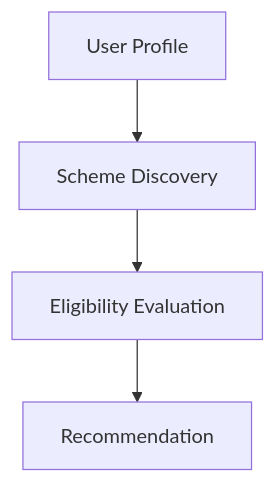
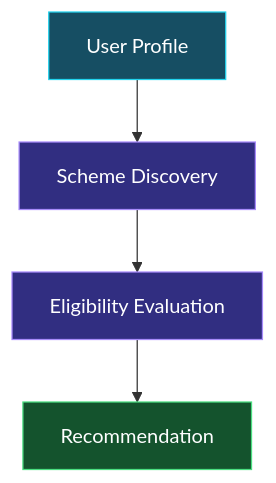
Before and after one commit to heeraOp/heeraOp: the fifth of 6 diagrams in README.md, drawn with Mermaid. The commit also changed other lines of this file, not shown here.

````diff
--- a/README.md
+++ b/README.md
@@ -150,6 +188,14 @@
 ```mermaid
 flowchart TD
     A[User Profile] --> B[Scheme Discovery]
     B --> C[Eligibility Evaluation]
     C --> D[Recommendation]
+
+    classDef input fill:#164E63,stroke:#22D3EE,color:#fff
+    classDef process fill:#312E81,stroke:#A78BFA,color:#fff
+    classDef output fill:#14532D,stroke:#4ADE80,color:#fff
+
+    class A input
+    class B,C process
+    class D output
 ```
````
